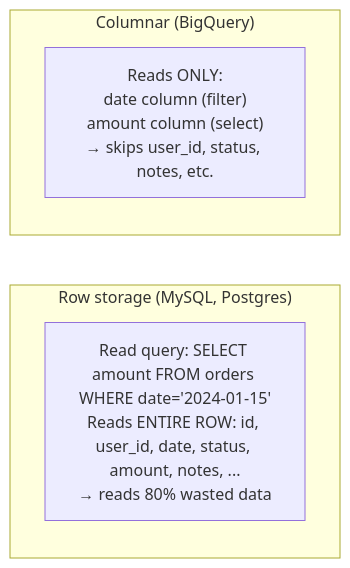
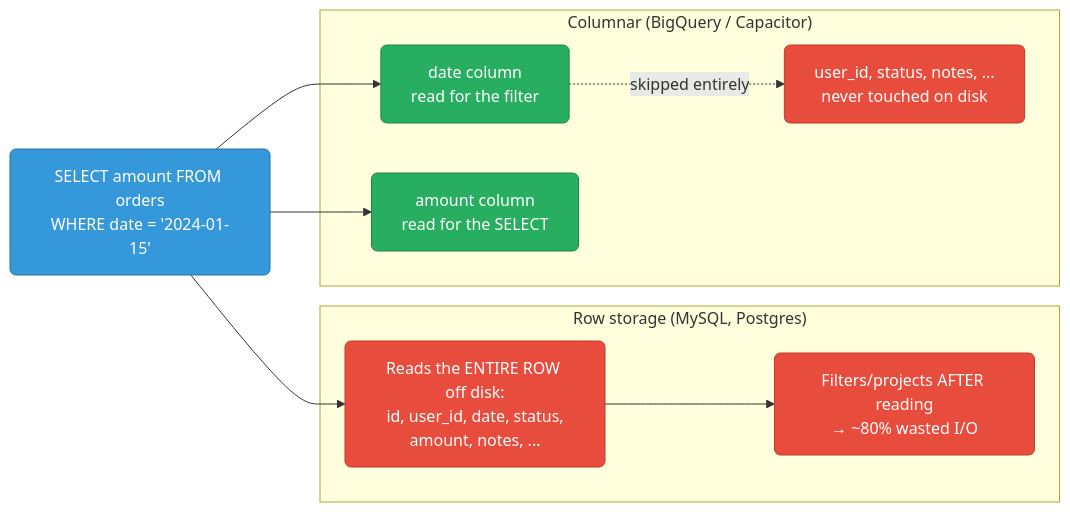
Before and after one commit to deepanshu-rawat6/DevOpsIndex: the second of 3 diagrams in gcp/bigquery.md, drawn with Mermaid. The commit also changed other lines of this file and 14 other files, not shown here.

````diff
--- a/gcp/bigquery.md
+++ b/gcp/bigquery.md
@@ -31,9 +55,25 @@
 ```mermaid
 graph LR
-    subgraph "Row storage (MySQL, Postgres)"
-        R["Read query: SELECT amount FROM orders WHERE date='2024-01-15'<br>Reads ENTIRE ROW: id, user_id, date, status, amount, notes, ...<br>→ reads 80% wasted data"]
+    classDef query fill:#3498db,stroke:#2471a3,color:#fff,rx:6
+    classDef wasted fill:#e74c3c,stroke:#c0392b,color:#fff,rx:6
+    classDef used fill:#27ae60,stroke:#1e8449,color:#fff,rx:6
+
+    Q["SELECT amount FROM orders<br/>WHERE date = '2024-01-15'"]:::query
+
+    subgraph ROW["Row storage (MySQL, Postgres)"]
+        RFULL["Reads the ENTIRE ROW off disk:<br/>id, user_id, date, status,<br/>amount, notes, ..."]:::wasted
+        RWASTE["Filters/projects AFTER reading<br/>→ ~80% wasted I/O"]:::wasted
+        RFULL --> RWASTE
     end
-    subgraph "Columnar (BigQuery)"
-        C["Reads ONLY:<br>date column (filter)<br>amount column (select)<br>→ skips user_id, status, notes, etc."]
+
+    subgraph COL["Columnar (BigQuery / Capacitor)"]
+        CDATE["date column<br/>read for the filter"]:::used
+        CAMT["amount column<br/>read for the SELECT"]:::used
+        CSKIP["user_id, status, notes, ...<br/>never touched on disk"]:::wasted
     end
+
+    Q --> RFULL
+    Q --> CDATE
+    Q --> CAMT
+    CDATE -.->|"skipped entirely"| CSKIP
 ```
````
